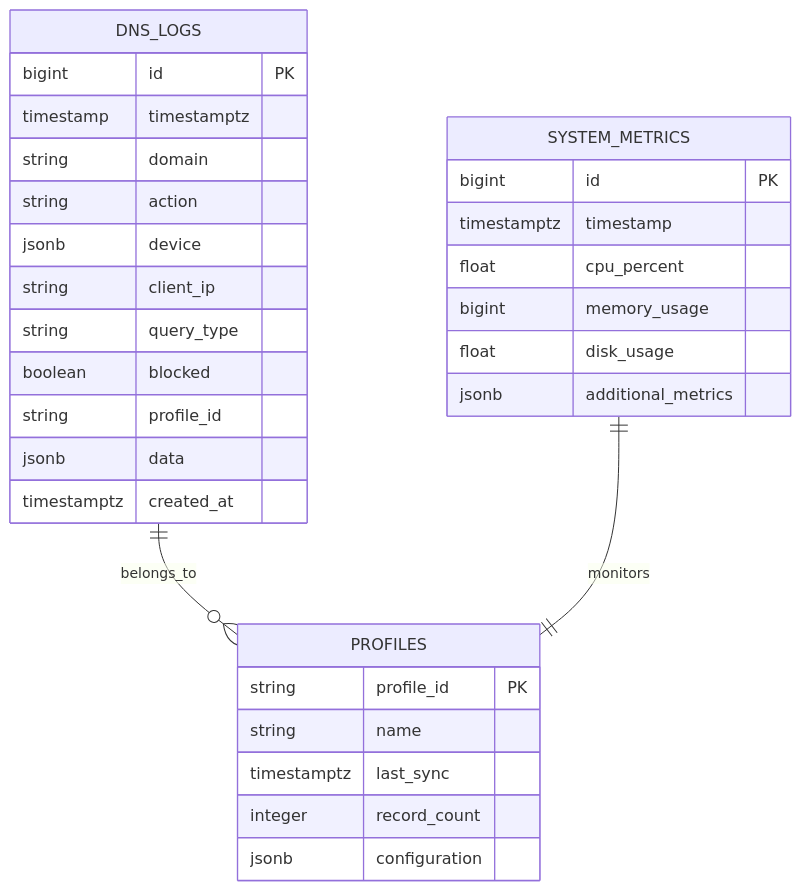
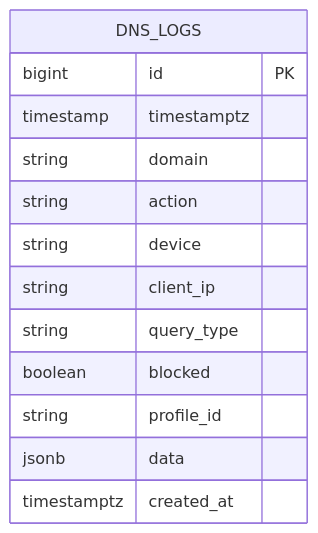
Before and after one commit to BondIT-ApS/NextDNS-Optimized-Analytics: the sixth of 11 diagrams in docs/02-architecture.md, drawn with Mermaid. The commit also changed other lines of this file, not shown here.

Commit message:
📝 Revise architecture documentation for clarity and accuracy, including updated service interactions and port configurations

````diff
--- a/docs/02-architecture.md
+++ b/docs/02-architecture.md
@@ -176,36 +177,16 @@
 ```mermaid
 erDiagram
     DNS_LOGS {
         bigint id PK
         timestamp timestamptz
         string domain
         string action
-        jsonb device
+        string device
         string client_ip
         string query_type
         boolean blocked
         string profile_id
         jsonb data
         timestamptz created_at
     }
-    
-    PROFILES {
-        string profile_id PK
-        string name
-        timestamptz last_sync
-        integer record_count
-        jsonb configuration
-    }
-    
-    SYSTEM_METRICS {
-        bigint id PK
-        timestamptz timestamp
-        float cpu_percent
-        bigint memory_usage
-        float disk_usage
-        jsonb additional_metrics
-    }
-    
-    DNS_LOGS ||--o{ PROFILES : "belongs_to"
-    SYSTEM_METRICS ||--|| PROFILES : "monitors"
 ```
````
